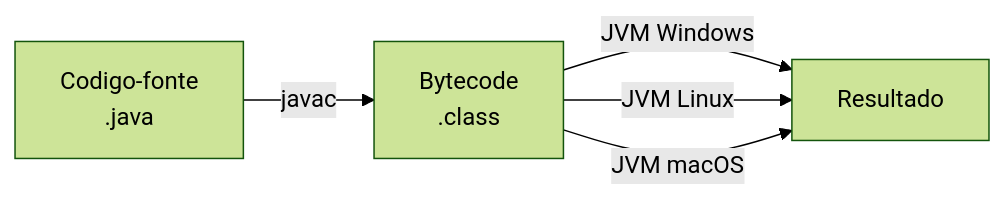
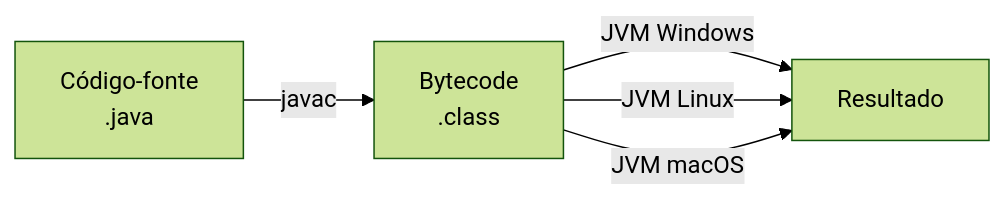
One commit to adrianohmf/POO-com-Java-25LTS changed the first of 2 diagrams in capitulos/01-introducao-java-jdk25/README.md. Above: the diagram before and after it, drawn with Mermaid (forest theme). The commit also changed other lines of this file and 105 other files, not shown here.

````diff
--- a/capitulos/01-introducao-java-jdk25/README.md
+++ b/capitulos/01-introducao-java-jdk25/README.md
@@ -26,7 +26,7 @@
 ```mermaid
 flowchart LR
-    A[Codigo-fonte\n.java] -->|javac| B[Bytecode\n.class]
+    A[Código-fonte\n.java] -->|javac| B[Bytecode\n.class]
     B -->|JVM Windows| C[Resultado]
     B -->|JVM Linux| C
     B -->|JVM macOS| C
 ```
````
